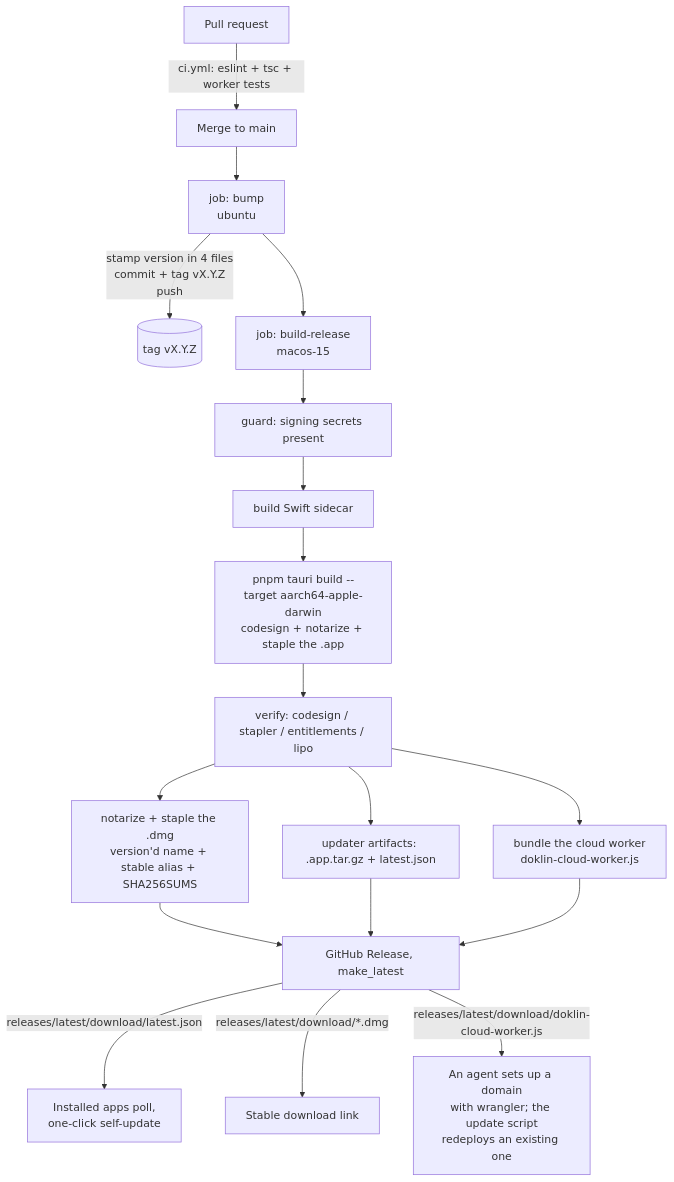
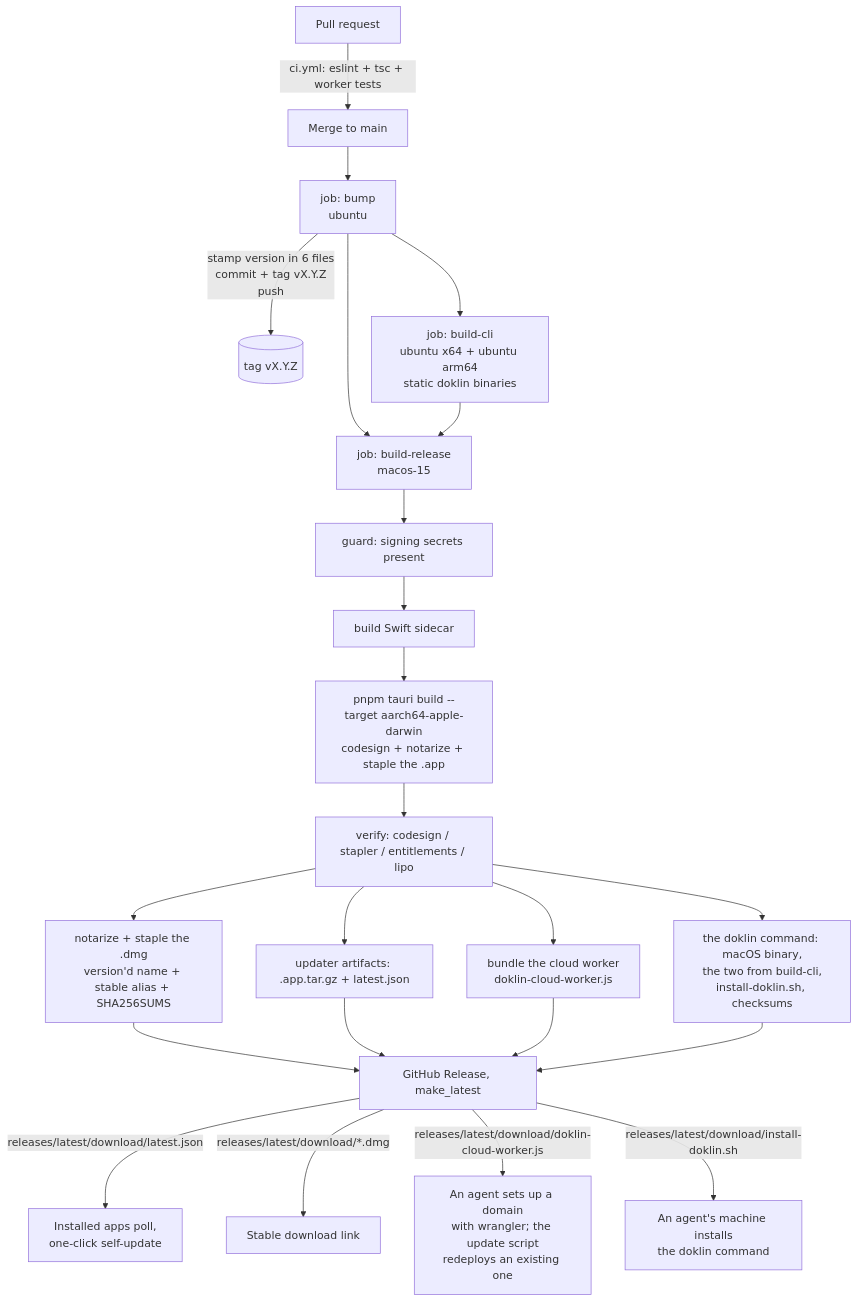
Before and after one commit to boat-builder/doklin: the diagram in docs/release-pipeline.md, drawn with Mermaid. The commit also changed other lines of this file and 28 other files, not shown here.

First line of the commit message:
feat(cli): ship the doklin command; test the agent build; fold the plan into cloud.md

````diff
--- a/docs/release-pipeline.md
+++ b/docs/release-pipeline.md
@@ -21,20 +21,25 @@
 ```mermaid
 flowchart TD
   PR[Pull request] -->|ci.yml: eslint + tsc + worker tests| M[Merge to main]
   M --> B[job: bump<br/>ubuntu]
-  B -->|stamp version in 4 files<br/>commit + tag vX.Y.Z<br/>push| T[(tag vX.Y.Z)]
+  B -->|stamp version in 6 files<br/>commit + tag vX.Y.Z<br/>push| T[(tag vX.Y.Z)]
+  B --> K[job: build-cli<br/>ubuntu x64 + ubuntu arm64<br/>static doklin binaries]
   B --> R[job: build-release<br/>macos-15]
+  K --> R
   R --> G1[guard: signing secrets present]
   G1 --> S[build Swift sidecar]
   S --> TB[pnpm tauri build --target aarch64-apple-darwin<br/>codesign + notarize + staple the .app]
   TB --> V[verify: codesign / stapler / entitlements / lipo]
   V --> D[notarize + staple the .dmg<br/>version'd name + stable alias + SHA256SUMS]
   V --> U[updater artifacts: .app.tar.gz + latest.json]
   V --> W[bundle the cloud worker<br/>doklin-cloud-worker.js]
+  V --> I[the doklin command: macOS binary,<br/>the two from build-cli,<br/>install-doklin.sh, checksums]
   D --> P[GitHub Release, make_latest]
   U --> P
   W --> P
+  I --> P
   P -->|releases/latest/download/latest.json| A[Installed apps poll,<br/>one-click self-update]
   P -->|releases/latest/download/*.dmg| L[Stable download link]
   P -->|releases/latest/download/doklin-cloud-worker.js| C[An agent sets up a domain<br/>with wrangler; the update script<br/>redeploys an existing one]
+  P -->|releases/latest/download/install-doklin.sh| N[An agent's machine installs<br/>the doklin command]
 ```
````
